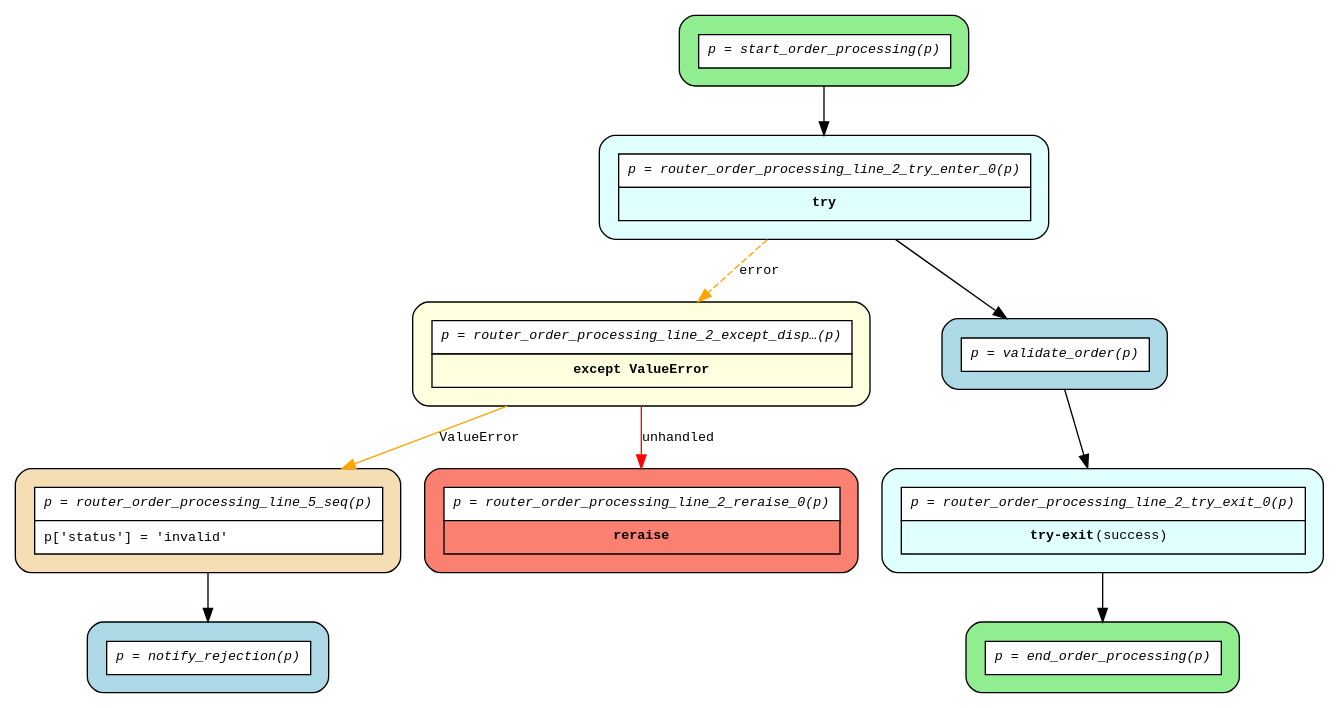
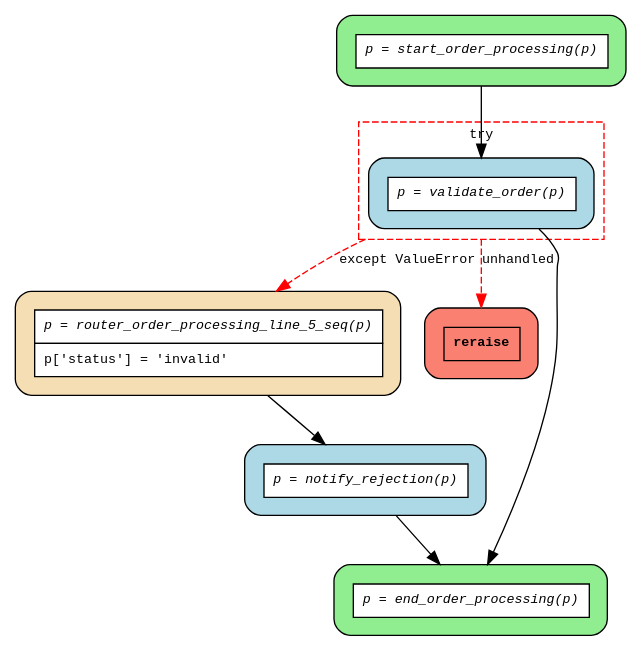
One commit to deliveryhero/asya changed the diagram in examples/flows/compiled/try_except_simple/flow.dot. Above: the diagram before and after it, drawn with Graphviz. The commit also changed 9 other files, not shown here.

First line of the commit message:
fix(flow): redesign try-except DOT visualization with dashed clusters

```diff
--- a/examples/flows/compiled/try_except_simple/flow.dot
+++ b/examples/flows/compiled/try_except_simple/flow.dot
@@ -1,25 +1,28 @@
 digraph flow {
   rankdir=TB;
+  compound=true;
   graph [fontname="Courier", fontsize=10];
   node [fontname="Courier", fontsize=10, shape=box, style="filled,rounded", margin="0.2"];
   edge [fontname="Courier", fontsize=10];
 
   start_order_processing [fillcolor="lightgreen", label=<<table border="0" cellspacing="0" cellpadding="6" cellborder="1"><tr><td bgcolor="white" align="center"><i>p = start_order_processing(p)</i></td></tr></table>>];
   router_order_processing_line_5_seq [fillcolor="wheat", label=<<table border="0" cellspacing="0" cellpadding="6" cellborder="1"><tr><td bgcolor="white" align="center"><i>p = router_order_processing_line_5_seq(p)</i></td></tr><tr><td bgcolor="white" align="left">p['status'] = 'invalid'</td></tr></table>>];
-  router_order_processing_line_2_try_enter_0 [fillcolor="lightcyan", label=<<table border="0" cellspacing="0" cellpadding="6" cellborder="1"><tr><td bgcolor="white" align="center"><i>p = router_order_processing_line_2_try_enter_0(p)</i></td></tr><tr><td bgcolor="lightcyan"><b>try</b></td></tr></table>>];
-  router_order_processing_line_2_try_exit_0 [fillcolor="lightcyan", label=<<table border="0" cellspacing="0" cellpadding="6" cellborder="1"><tr><td bgcolor="white" align="center"><i>p = router_order_processing_line_2_try_exit_0(p)</i></td></tr><tr><td bgcolor="lightcyan"><b>try-exit</b> (success)</td></tr></table>>];
-  router_order_processing_line_2_except_dispatch_0 [fillcolor="lightyellow", label=<<table border="0" cellspacing="0" cellpadding="6" cellborder="1"><tr><td bgcolor="white" align="center"><i>p = router_order_processing_line_2_except_disp…(p)</i></td></tr><tr><td bgcolor="lightyellow"><b>except ValueError</b></td></tr></table>>];
-  router_order_processing_line_2_reraise_0 [fillcolor="salmon", label=<<table border="0" cellspacing="0" cellpadding="6" cellborder="1"><tr><td bgcolor="white" align="center"><i>p = router_order_processing_line_2_reraise_0(p)</i></td></tr><tr><td bgcolor="salmon"><b>reraise</b></td></tr></table>>];
+  router_order_processing_line_2_reraise_0 [fillcolor="salmon", label=<<table border="0" cellspacing="0" cellpadding="6" cellborder="1"><tr><td bgcolor="salmon"><b>reraise</b></td></tr></table>>];
   end_order_processing [fillcolor="lightgreen", label=<<table border="0" cellspacing="0" cellpadding="6" cellborder="1"><tr><td bgcolor="white" align="center"><i>p = end_order_processing(p)</i></td></tr></table>>];
   notify_rejection [fillcolor="lightblue", label=<<table border="0" cellspacing="0" cellpadding="6" cellborder="1"><tr><td bgcolor="white" align="center"><i>p = notify_rejection(p)</i></td></tr></table>>];
-  validate_order [fillcolor="lightblue", label=<<table border="0" cellspacing="0" cellpadding="6" cellborder="1"><tr><td bgcolor="white" align="center"><i>p = validate_order(p)</i></td></tr></table>>];
+  subgraph cluster_try_0 {
+    style=dashed;
+    color="red";
+    fontname="Courier";
+    fontsize=10;
+    label="try";
+    validate_order [fillcolor="lightblue", label=<<table border="0" cellspacing="0" cellpadding="6" cellborder="1"><tr><td bgcolor="white" align="center"><i>p = validate_order(p)</i></td></tr></table>>];
+  }
 
-  router_order_processing_line_2_except_dispatch_0 -> router_order_processing_line_2_reraise_0 [color=red, label="unhandled"];
-  router_order_processing_line_2_except_dispatch_0 -> router_order_processing_line_5_seq [color=orange, label="ValueError"];
-  router_order_processing_line_2_try_enter_0 -> router_order_processing_line_2_except_dispatch_0 [color=orange, style=dashed, label="error"];
-  router_order_processing_line_2_try_enter_0 -> validate_order;
-  router_order_processing_line_2_try_exit_0 -> end_order_processing;
+  notify_rejection -> end_order_processing;
   router_order_processing_line_5_seq -> notify_rejection;
-  start_order_processing -> router_order_processing_line_2_try_enter_0;
-  validate_order -> router_order_processing_line_2_try_exit_0;
+  start_order_processing -> validate_order;
+  validate_order -> end_order_processing;
+  validate_order -> router_order_processing_line_2_reraise_0 [ltail=cluster_try_0, color=red, style=dashed, label="unhandled"];
+  validate_order -> router_order_processing_line_5_seq [ltail=cluster_try_0, color=red, style=dashed, label="except ValueError"];
 }
```
